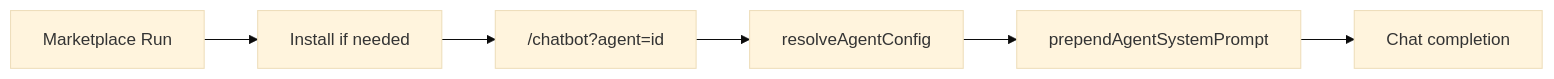
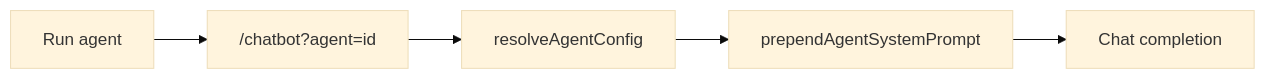
Before and after one commit to u722365-lgtm/project-hello: the third of 3 diagrams in Detailed Documentation/08-architecture-reference.md, drawn with Mermaid (base theme). The commit also changed other lines of this file and 14 other files, not shown here.

````diff
--- a/Detailed Documentation/08-architecture-reference.md
+++ b/Detailed Documentation/08-architecture-reference.md
@@ -53,8 +94,7 @@
 ```mermaid
 flowchart LR
-  M[Marketplace Run] --> I[Install if needed]
-  I --> C["/chatbot?agent=id"]
+  M[Run agent] --> C["/chatbot?agent=id"]
   C --> R[resolveAgentConfig]
   R --> P[prependAgentSystemPrompt]
   P --> G[Chat completion]
 ```
````
